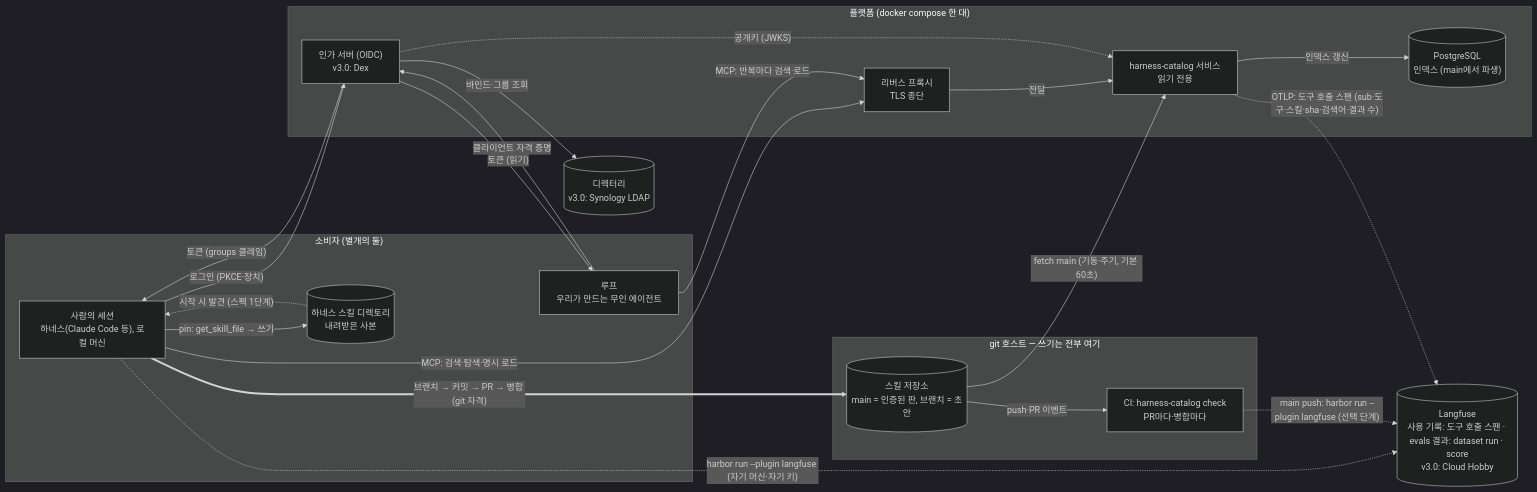
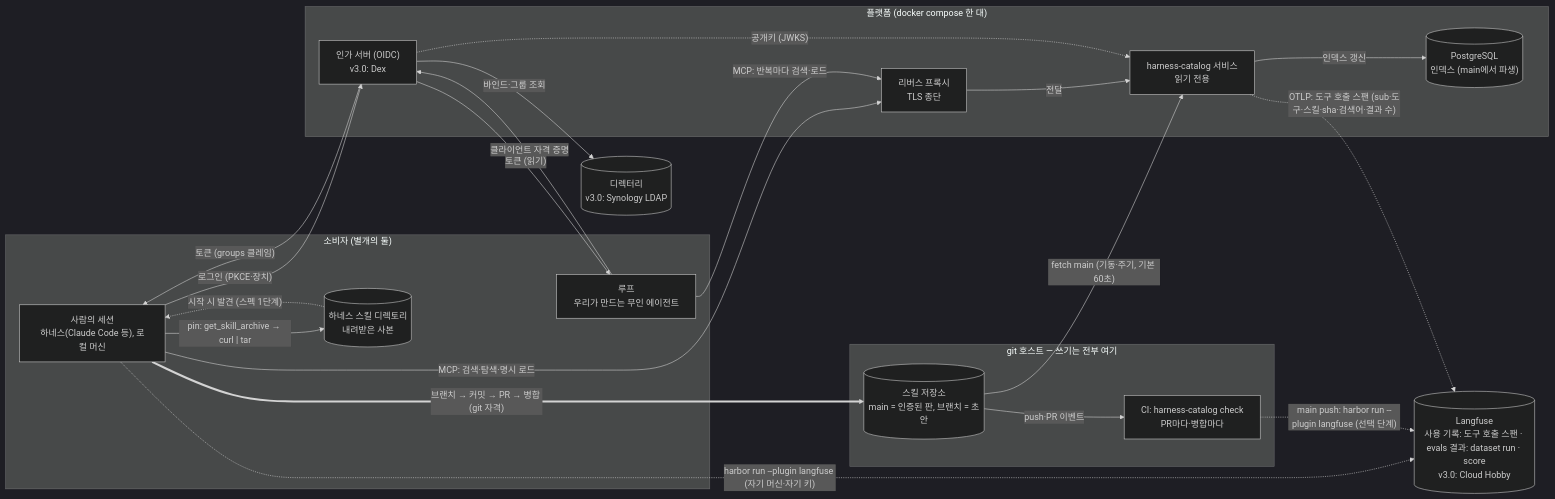
Before and after one commit to alteralab/harness-catalog: the first of 4 diagrams in DESIGN.md, drawn with Mermaid (dark theme). The commit also changed other lines of this file and 19 other files, not shown here.

````diff
--- a/DESIGN.md
+++ b/DESIGN.md
@@ -43,38 +43,38 @@
 ```mermaid
 flowchart LR
     subgraph EDGE["소비자 (별개의 둘)"]
         HUMAN["사람의 세션<br/>하네스(Claude Code 등), 로컬 머신"]
         LOOP["루프<br/>우리가 만드는 무인 에이전트"]
         LOCAL[("하네스 스킬 디렉토리<br/>내려받은 사본")]
     end
     DIR[("디렉터리<br/>v3.0: Synology LDAP")]
     subgraph PLATFORM["플랫폼 (docker compose 한 대)"]
         PROXY["리버스 프록시<br/>TLS 종단"]
         AUTHS["인가 서버 (OIDC)<br/>v3.0: Dex"]
         REG["harness-catalog 서비스<br/>읽기 전용"]
         PG[("PostgreSQL<br/>인덱스 (main에서 파생)")]
     end
     LF[("Langfuse<br/>사용 기록: 도구 호출 스팬 · evals 결과: dataset run · score<br/>v3.0: Cloud Hobby")]
     subgraph GIT["git 호스트 — 쓰기는 전부 여기"]
         REPO[("스킬 저장소<br/>main = 인증된 판, 브랜치 = 초안")]
         CI["CI: harness-catalog check<br/>PR마다·병합마다"]
     end
     HUMAN -- "로그인 (PKCE·장치)" --> AUTHS
     LOOP -- "클라이언트 자격 증명" --> AUTHS
     AUTHS -- "바인드·그룹 조회" --> DIR
     AUTHS -- "토큰 (groups 클레임)" --> HUMAN
     AUTHS -- "토큰 (읽기)" --> LOOP
     HUMAN -- "MCP: 검색·탐색·명시 로드" --> PROXY
     LOOP -- "MCP: 반복마다 검색·로드" --> PROXY
     PROXY -- "전달" --> REG
     AUTHS -. "공개키 (JWKS)" .-> REG
     REG -- "인덱스 갱신" --> PG
     REG -. "OTLP: 도구 호출 스팬 (sub·도구·스킬·sha·검색어·결과 수)" .-> LF
     REPO -- "fetch main (기동·주기, 기본 60초)" --> REG
     REPO -- "push·PR 이벤트" --> CI
-    HUMAN -- "pin: get_skill_file → 쓰기" --> LOCAL
+    HUMAN -- "pin: get_skill_archive → curl | tar" --> LOCAL
     LOCAL -. "시작 시 발견 (스펙 1단계)" .-> HUMAN
     HUMAN == "브랜치 → 커밋 → PR → 병합 (git 자격)" ==> REPO
     HUMAN -. "harbor run --plugin langfuse (자기 머신·자기 키)" .-> LF
     CI -. "main push: harbor run --plugin langfuse (선택 단계)" .-> LF
 ```
````
